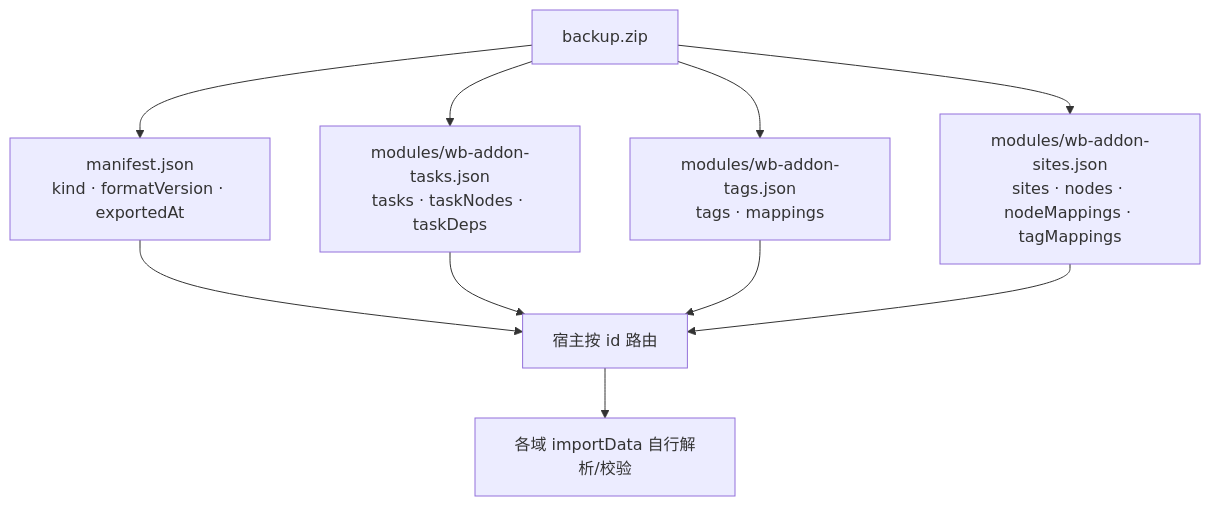
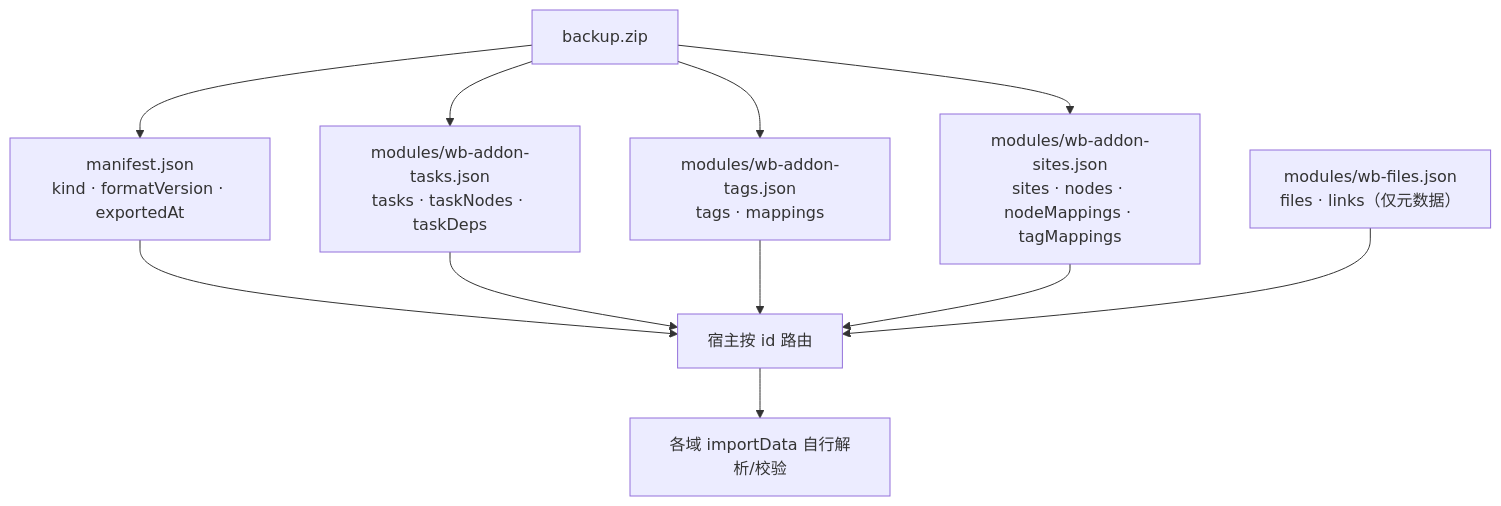
One commit to ityyq777/dsh-workbench-source changed the first of 3 diagrams in docs/specs/15-数据备份.md. Above: the diagram before and after it, drawn with Mermaid. The commit also changed other lines of this file and 4 other files, not shown here.

````diff
--- a/docs/specs/15-数据备份.md
+++ b/docs/specs/15-数据备份.md
@@ -50,12 +51,14 @@
 ```mermaid
 flowchart TD
   ZIP["backup.zip"] --> MAN["manifest.json<br/>kind · formatVersion · exportedAt"]
   ZIP --> T["modules/wb-addon-tasks.json<br/>tasks · taskNodes · taskDeps"]
   ZIP --> G["modules/wb-addon-tags.json<br/>tags · mappings"]
   ZIP --> S["modules/wb-addon-sites.json<br/>sites · nodes · nodeMappings · tagMappings"]
+  F["modules/wb-files.json<br/>files · links（仅元数据）"]
   MAN --> ROUTE["宿主按 id 路由"]
   T --> ROUTE
   G --> ROUTE
   S --> ROUTE
+  F --> ROUTE
   ROUTE --> DOMAIN["各域 importData 自行解析/校验"]
 ```
````
